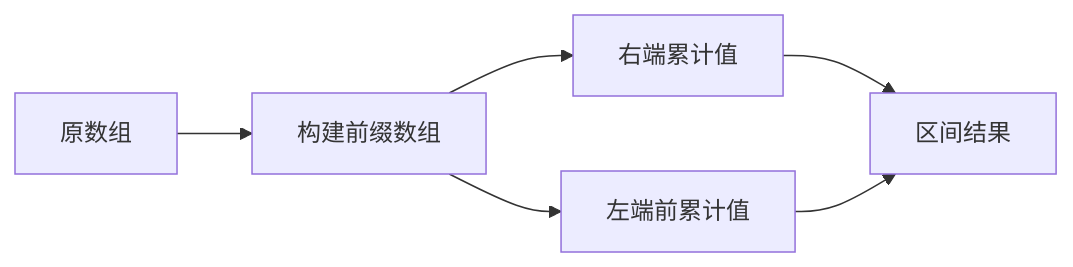
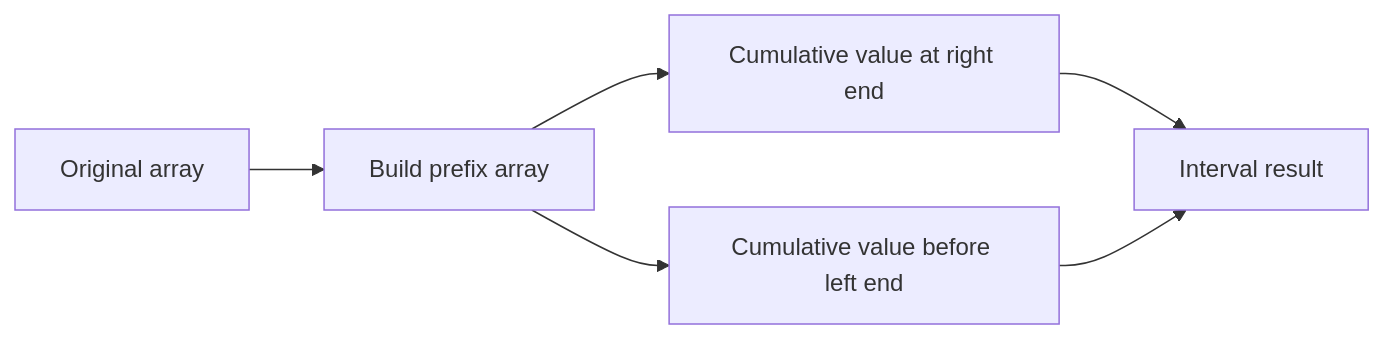
Before and after one commit to HONGLEI111/hhlblog-global: the second of 2 diagrams in src/content/technology/prefix-sum.md, drawn with Mermaid. The commit also changed other lines of this file and 33 other files, not shown here.

First line of the commit message:
content(code): 翻译 mermaid 图节点标签（34 文件 / 267 处）

````diff
--- a/src/content/technology/prefix-sum.md
+++ b/src/content/technology/prefix-sum.md
@@ -222,8 +222,8 @@
 ```mermaid
 graph LR
-    A[原数组] --> B[构建前缀数组]
-    B --> C[右端累计值]
-    B --> D[左端前累计值]
-    C --> E[区间结果]
+    A[Original array] --> B[Build prefix array]
+    B --> C[Cumulative value at right end]
+    B --> D[Cumulative value before left end]
+    C --> E[Interval result]
     D --> E
 ```
````
